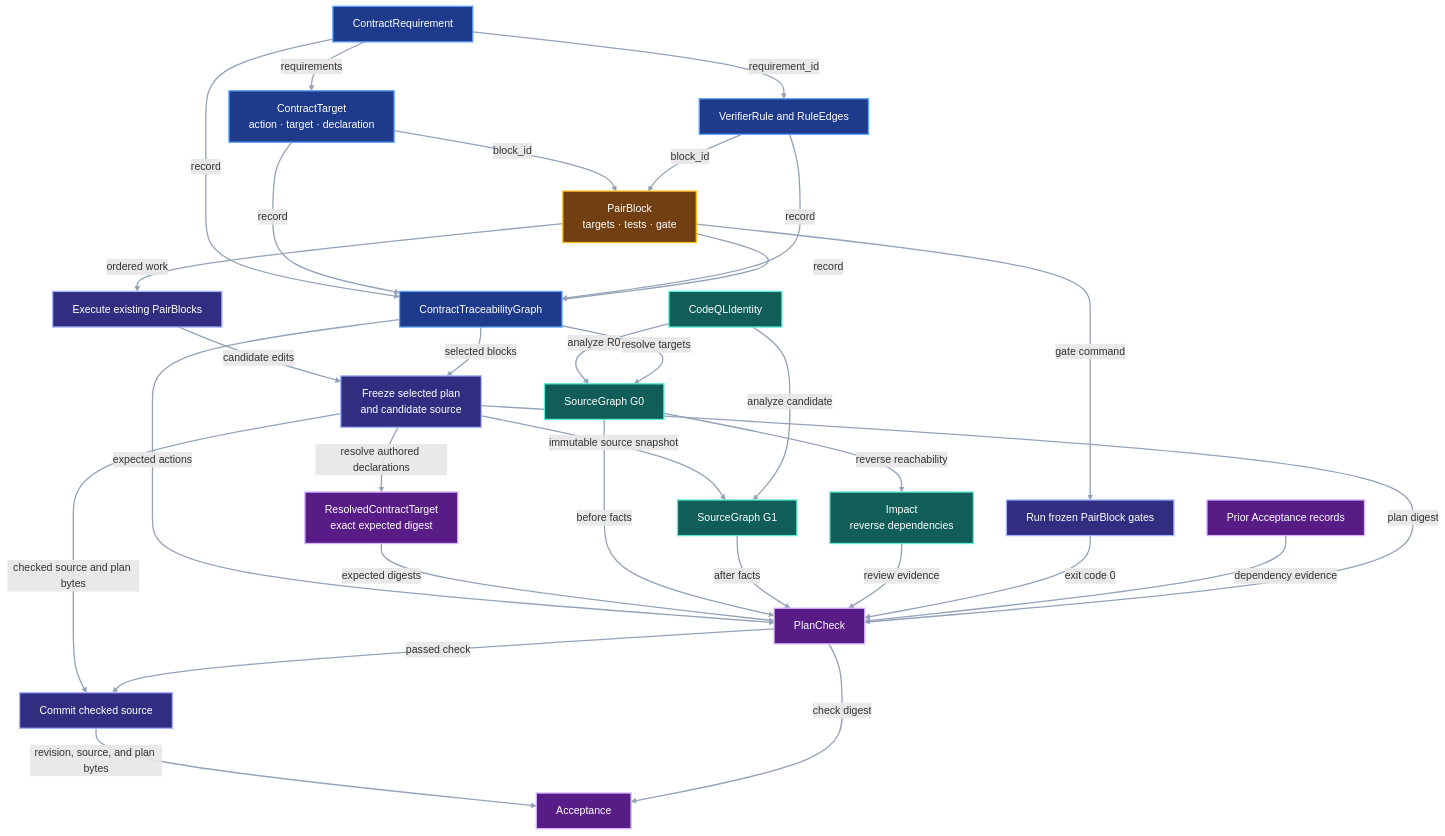
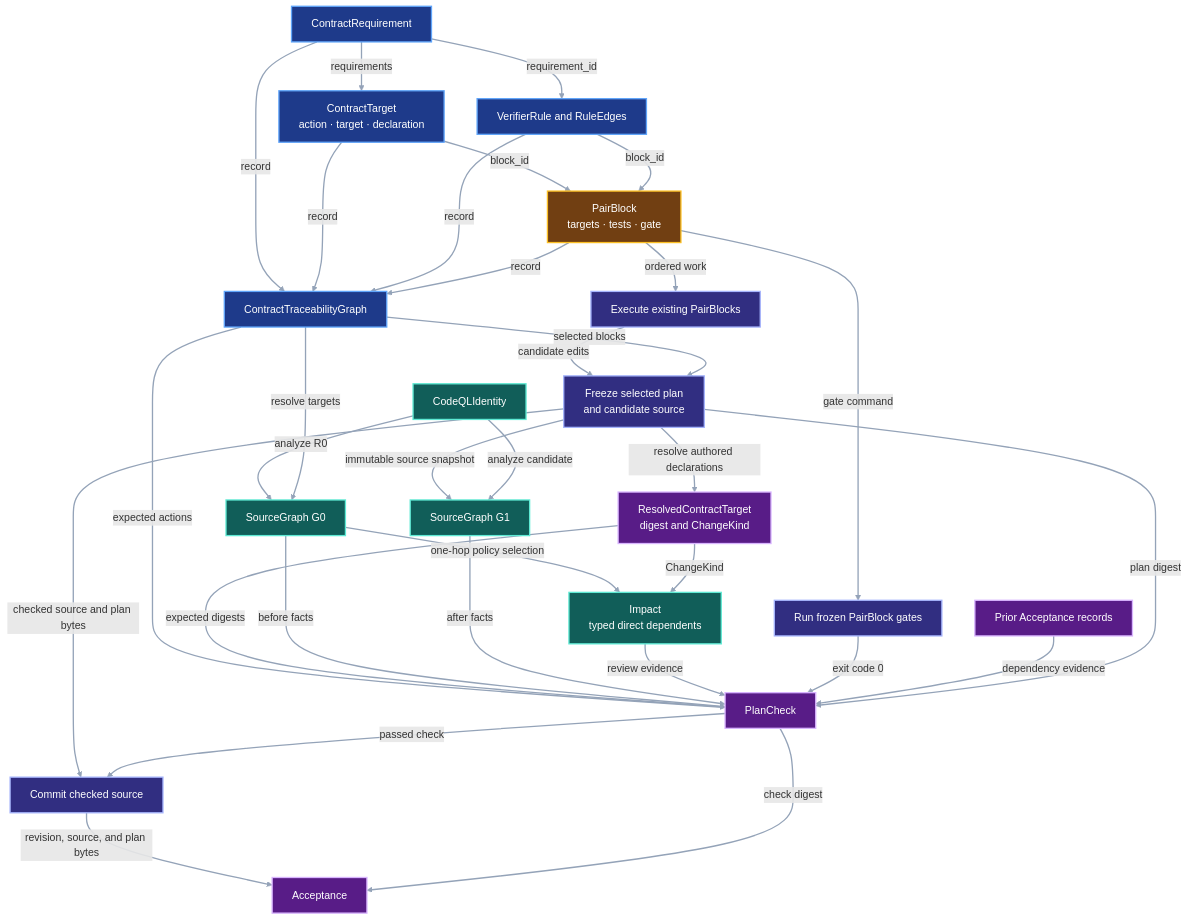
One commit to pvd232/viper changed the third of 3 diagrams in docs/development/system-impact-compiler.md. Above: the diagram before and after it, drawn with Mermaid. The commit also changed other lines of this file and 2 other files, not shown here.

Commit message:
docs: add typed one-hop impact policy

````diff
--- a/docs/development/system-impact-compiler.md
+++ b/docs/development/system-impact-compiler.md
@@ -187,63 +192,64 @@
 ```mermaid
 flowchart TB
     Requirement["ContractRequirement"]
     Target["ContractTarget<br/>action · target · declaration"]
     Rule["VerifierRule and RuleEdges"]
     Block["PairBlock<br/>targets · tests · gate"]
     CTG["ContractTraceabilityGraph"]
     CodeQL["CodeQLIdentity"]
     G0["SourceGraph G0"]
-    Impact["Impact<br/>reverse dependencies"]
+    Impact["Impact<br/>typed direct dependents"]
     Execute["Execute existing PairBlocks"]
     Freeze["Freeze selected plan<br/>and candidate source"]
     G1["SourceGraph G1"]
-    Resolved["ResolvedContractTarget<br/>exact expected digest"]
+    Resolved["ResolvedContractTarget<br/>digest and ChangeKind"]
     Check["PlanCheck"]
     Gates["Run frozen PairBlock gates"]
     Prior["Prior Acceptance records"]
     Commit["Commit checked source"]
     Acceptance["Acceptance"]
 
     Requirement -->|"requirements"| Target
     Requirement -->|"requirement_id"| Rule
     Target -->|"block_id"| Block
     Rule -->|"block_id"| Block
     Requirement -->|"record"| CTG
     Target -->|"record"| CTG
     Rule -->|"record"| CTG
     Block -->|"record"| CTG
     CodeQL -->|"analyze R0"| G0
     CTG -->|"resolve targets"| G0
-    G0 -->|"reverse reachability"| Impact
+    G0 -->|"one-hop policy selection"| Impact
     Block -->|"ordered work"| Execute
     Execute -->|"candidate edits"| Freeze
     CTG -->|"selected blocks"| Freeze
     Freeze -->|"immutable source snapshot"| G1
     Freeze -->|"resolve authored declarations"| Resolved
     CodeQL -->|"analyze candidate"| G1
+    Resolved -->|"ChangeKind"| Impact
     CTG -->|"expected actions"| Check
     Resolved -->|"expected digests"| Check
     G0 -->|"before facts"| Check
     G1 -->|"after facts"| Check
     Impact -->|"review evidence"| Check
     Block -->|"gate command"| Gates
     Gates -->|"exit code 0"| Check
     Prior -->|"dependency evidence"| Check
     Freeze -->|"plan digest"| Check
     Freeze -->|"checked source and plan bytes"| Commit
     Check -->|"passed check"| Commit
     Commit -->|"revision, source, and plan bytes"| Acceptance
     Check -->|"check digest"| Acceptance
 
     class Requirement,Target,Rule,CTG contract
     class Block checklist
     class CodeQL,G0,G1,Impact evidence
     class Execute,Freeze,Gates,Commit implementation
     class Resolved,Prior,Check,Acceptance output
     classDef contract fill:#1e3a8a,stroke:#60a5fa,color:#ffffff,stroke-width:2px
     classDef checklist fill:#713f12,stroke:#fbbf24,color:#ffffff,stroke-width:2px
     classDef evidence fill:#115e59,stroke:#5eead4,color:#ffffff,stroke-width:2px
     classDef implementation fill:#312e81,stroke:#a5b4fc,color:#ffffff,stroke-width:2px
     classDef output fill:#581c87,stroke:#d8b4fe,color:#ffffff,stroke-width:2px
     linkStyle default stroke:#94a3b8,stroke-width:2px
 ```
````
